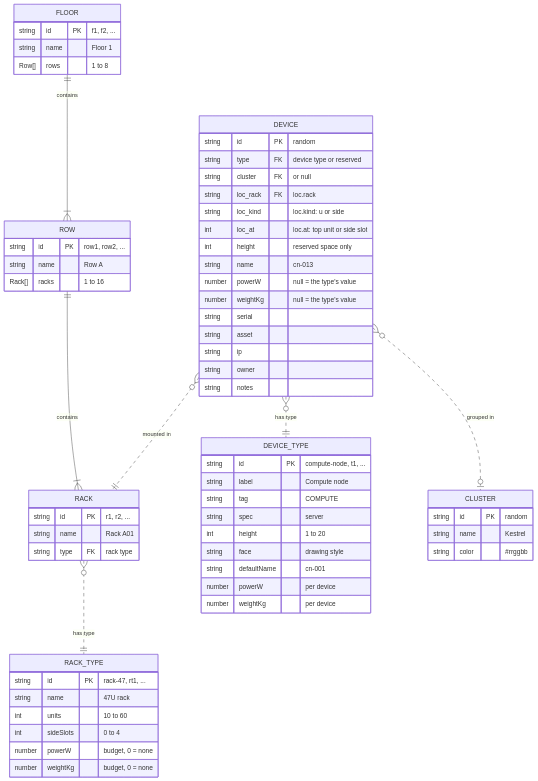
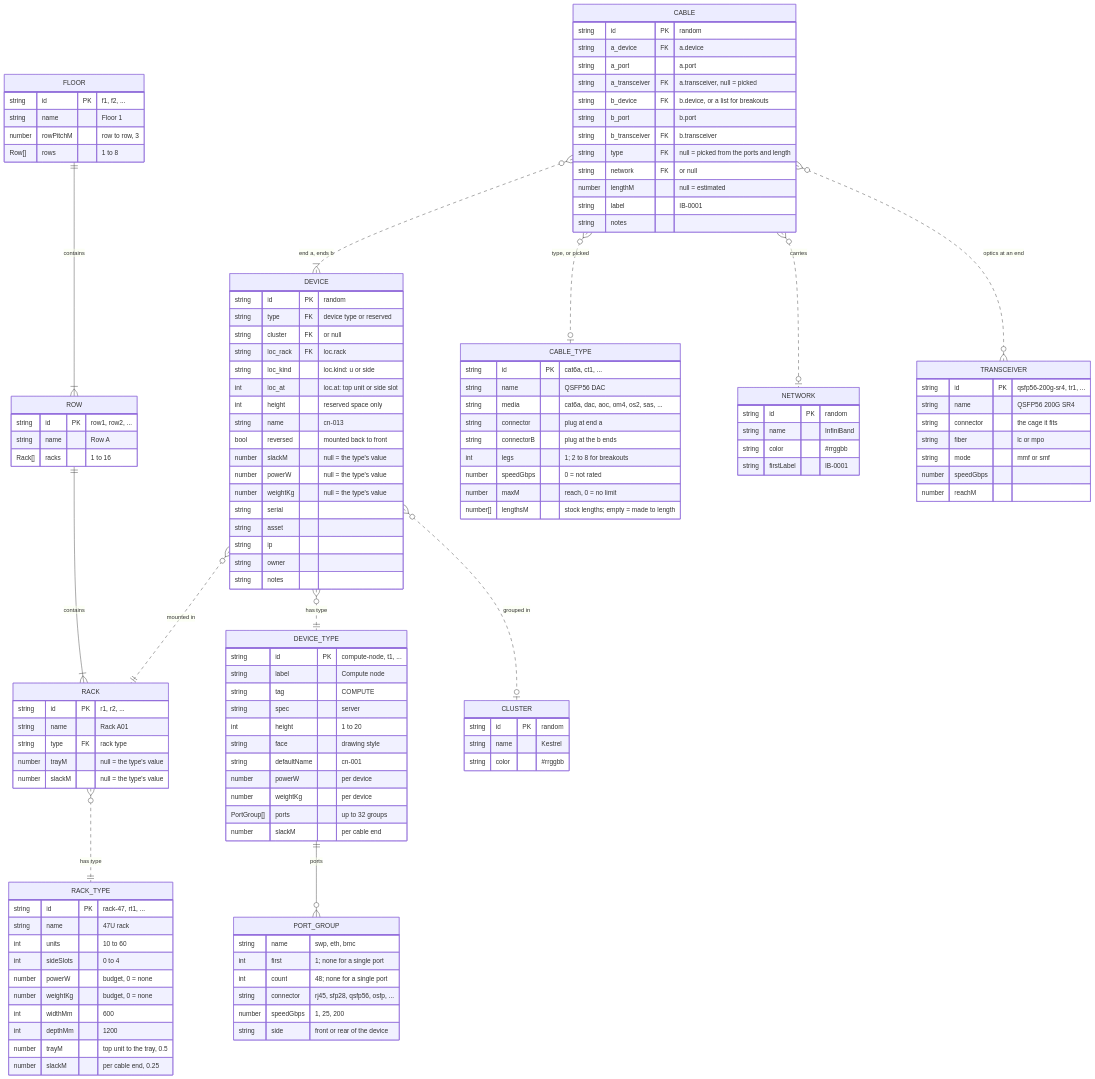
One commit to dennisklein/rackplanner changed the diagram in README.md. Above: the diagram before and after it, drawn with Mermaid. The commit also changed other lines of this file and 30 other files, not shown here.

````diff
--- a/README.md
+++ b/README.md
@@ -254,10 +432,16 @@
     DEVICE }o..|| RACK : "mounted in"
     DEVICE }o..|| DEVICE_TYPE : "has type"
     DEVICE }o..o| CLUSTER : "grouped in"
+    DEVICE_TYPE ||--o{ PORT_GROUP : "ports"
+    CABLE }o..|{ DEVICE : "end a, ends b"
+    CABLE }o..o| CABLE_TYPE : "type, or picked"
+    CABLE }o..o| NETWORK : "carries"
+    CABLE }o..o{ TRANSCEIVER : "optics at an end"
 
     FLOOR {
         string id PK "f1, f2, ..."
         string name "Floor 1"
+        number rowPitchM "row to row, 3"
         Row[] rows "1 to 8"
     }
     ROW {
@@ -269,6 +453,8 @@
         string id PK "r1, r2, ..."
         string name "Rack A01"
         string type FK "rack type"
+        number trayM "null = the type's value"
+        number slackM "null = the type's value"
     }
     RACK_TYPE {
         string id PK "rack-47, rt1, ..."
@@ -277,6 +463,10 @@
         int sideSlots "0 to 4"
         number powerW "budget, 0 = none"
         number weightKg "budget, 0 = none"
+        int widthMm "600"
+        int depthMm "1200"
+        number trayM "top unit to the tray, 0.5"
+        number slackM "per cable end, 0.25"
     }
     DEVICE {
         string id PK "random"
@@ -287,6 +477,8 @@
         int loc_at "loc.at: top unit or side slot"
         int height "reserved space only"
         string name "cn-013"
+        bool reversed "mounted back to front"
+        number slackM "null = the type's value"
         number powerW "null = the type's value"
         number weightKg "null = the type's value"
         string serial
@@ -305,10 +497,60 @@
         string defaultName "cn-001"
         number powerW "per device"
         number weightKg "per device"
+        PortGroup[] ports "up to 32 groups"
+        number slackM "per cable end"
+    }
+    PORT_GROUP {
+        string name "swp, eth, bmc"
+        int first "1; none for a single port"
+        int count "48; none for a single port"
+        string connector "rj45, sfp28, qsfp56, osfp, ..."
+        number speedGbps "1, 25, 200"
+        string side "front or rear of the device"
     }
     CLUSTER {
         string id PK "random"
         string name "Kestrel"
         string color "#rrggbb"
     }
+    CABLE {
+        string id PK "random"
+        string a_device FK "a.device"
+        string a_port "a.port"
+        string a_transceiver FK "a.transceiver, null = picked"
+        string b_device FK "b.device, or a list for breakouts"
+        string b_port "b.port"
+        string b_transceiver FK "b.transceiver"
+        string type FK "null = picked from the ports and length"
+        string network FK "or null"
+        number lengthM "null = estimated"
+        string label "IB-0001"
+        string notes
+    }
+    CABLE_TYPE {
+        string id PK "cat6a, ct1, ..."
+        string name "QSFP56 DAC"
+        string media "cat6a, dac, aoc, om4, os2, sas, ..."
+        string connector "plug at end a"
+        string connectorB "plug at the b ends"
+        int legs "1; 2 to 8 for breakouts"
+        number speedGbps "0 = not rated"
+        number maxM "reach, 0 = no limit"
+        number[] lengthsM "stock lengths; empty = made to length"
+    }
+    TRANSCEIVER {
+        string id PK "qsfp56-200g-sr4, tr1, ..."
+        string name "QSFP56 200G SR4"
+        string connector "the cage it fits"
+        string fiber "lc or mpo"
+        string mode "mmf or smf"
+        number speedGbps
+        number reachM
+    }
+    NETWORK {
+        string id PK "random"
+        string name "InfiniBand"
+        string color "#rrggbb"
+        string firstLabel "IB-0001"
+    }
 ```
````
